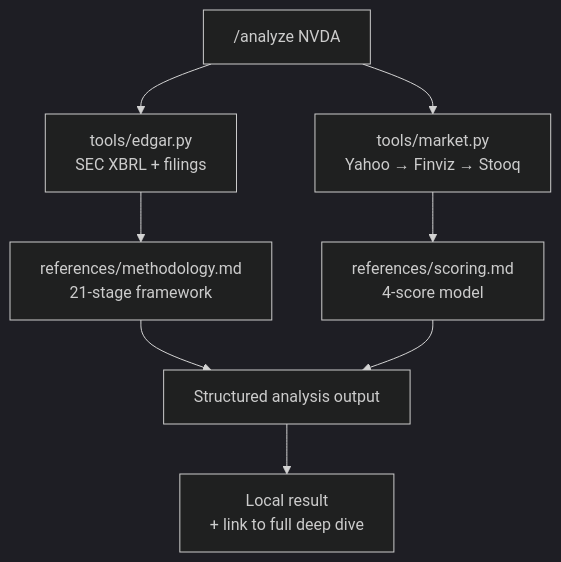
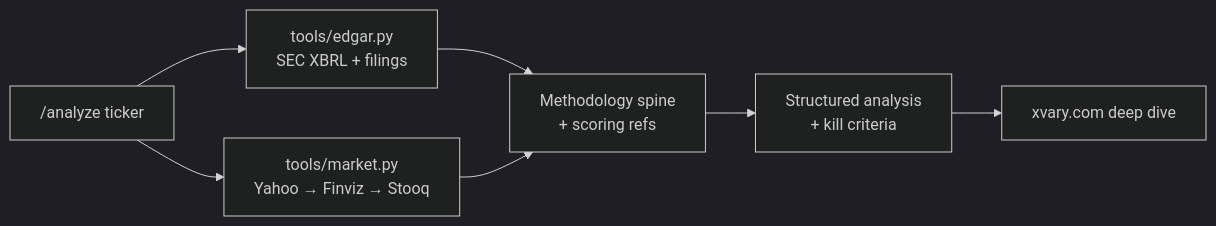
The first of 2 diagrams in README.md (xvary-research/stock-research), drawn with Mermaid (dark theme) before and after one commit. The commit also changed other lines of this file, not shown here.

First line of the commit message:
README: expand architecture with full 21+finalize DAG + stage index

````diff
--- a/README.md
+++ b/README.md
@@ -100,10 +102,9 @@
 ```mermaid
-flowchart TD
-    A["/analyze NVDA"] --> B["tools/edgar.py\nSEC XBRL + filings"]
+flowchart LR
+    A["/analyze ticker"] --> B["tools/edgar.py\nSEC XBRL + filings"]
     A --> C["tools/market.py\nYahoo → Finviz → Stooq"]
-    B --> D["references/methodology.md\n21-stage framework"]
-    C --> E["references/scoring.md\n4-score model"]
-    D --> F["Structured analysis output"]
-    E --> F
-    F --> G["Local result\n+ link to full deep dive"]
+    B --> D["Methodology spine\n+ scoring refs"]
+    C --> D
+    D --> E["Structured analysis\n+ kill criteria"]
+    E --> F["xvary.com deep dive"]
 ```
````
